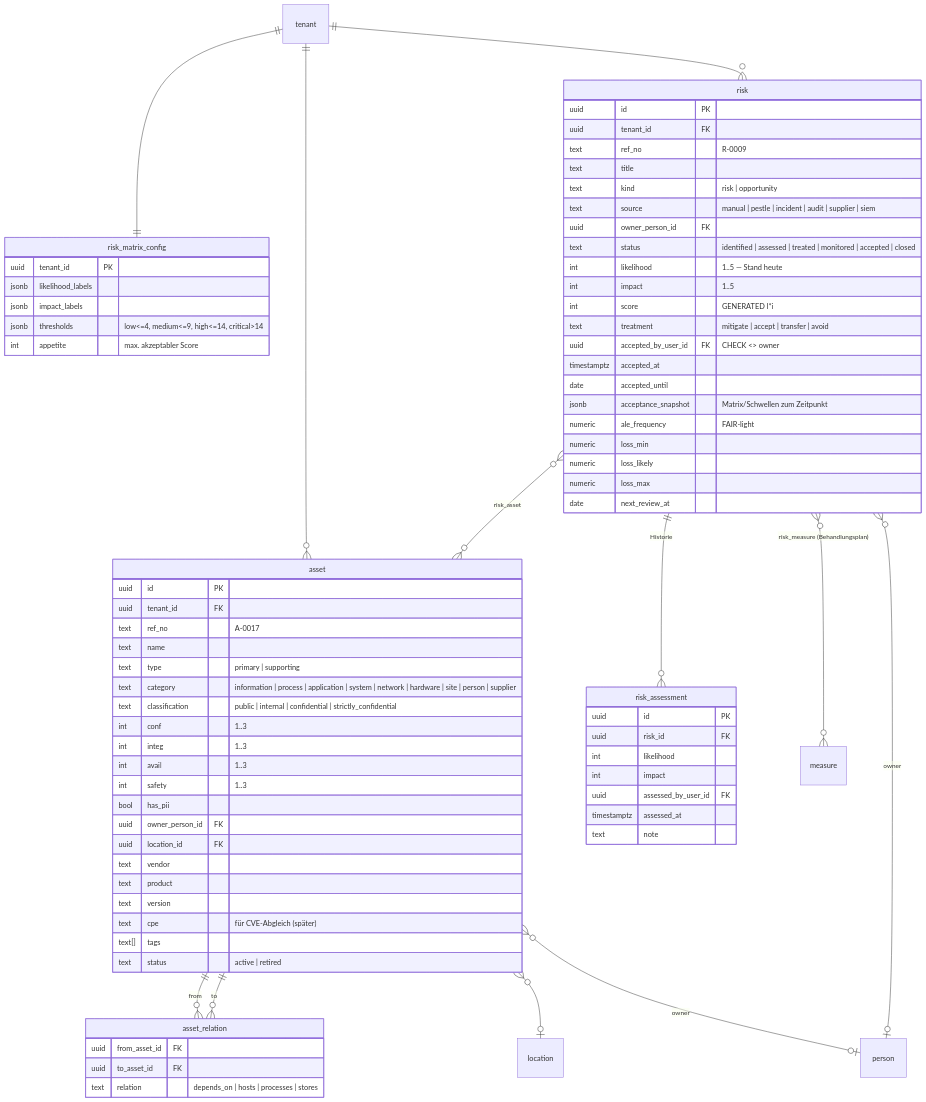
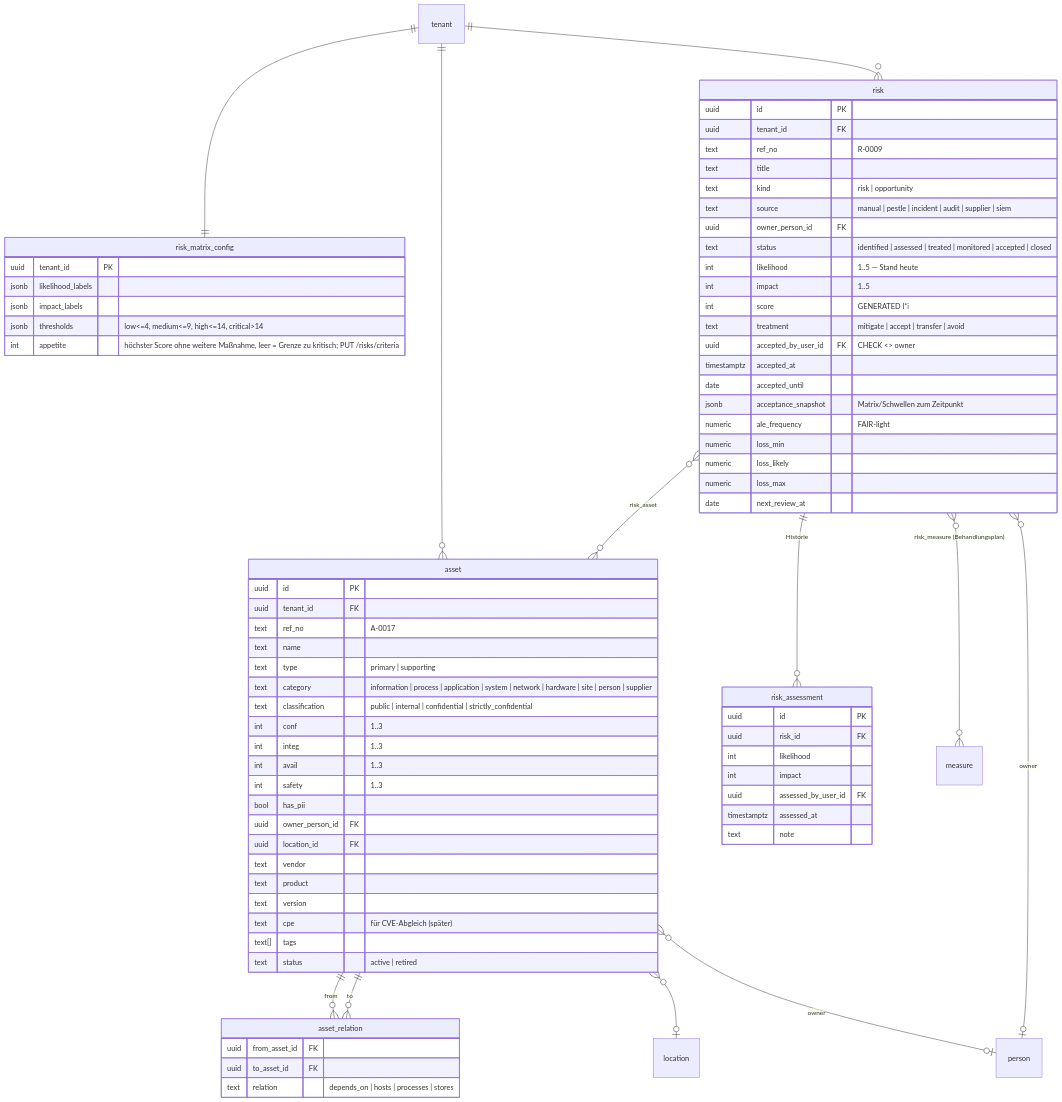
The fifth of 10 diagrams in docs/architecture/01-datenmodell.md (Kico-bot/ISMS_SaaS), drawn with Mermaid before and after one commit. The commit also changed other lines of this file and 117 other files, not shown here.

````diff
--- a/docs/architecture/01-datenmodell.md
+++ b/docs/architecture/01-datenmodell.md
@@ -378,81 +385,81 @@
 ```mermaid
 erDiagram
   tenant ||--o{ asset : ""
   asset ||--o{ asset_relation : "from"
   asset ||--o{ asset_relation : "to"
   asset }o--o| location : ""
   asset }o--o| person : "owner"
   tenant ||--|| risk_matrix_config : ""
   tenant ||--o{ risk : ""
   risk }o--o{ asset : "risk_asset"
   risk ||--o{ risk_assessment : "Historie"
   risk }o--o{ measure : "risk_measure (Behandlungsplan)"
   risk }o--o| person : "owner"
 
   asset {
     uuid id PK
     uuid tenant_id FK
     text ref_no "A-0017"
     text name
     text type "primary | supporting"
     text category "information | process | application | system | network | hardware | site | person | supplier"
     text classification "public | internal | confidential | strictly_confidential"
     int conf "1..3"
     int integ "1..3"
     int avail "1..3"
     int safety "1..3"
     bool has_pii
     uuid owner_person_id FK
     uuid location_id FK
     text vendor
     text product
     text version
     text cpe "für CVE-Abgleich (später)"
     text[] tags
     text status "active | retired"
   }
   asset_relation {
     uuid from_asset_id FK
     uuid to_asset_id FK
     text relation "depends_on | hosts | processes | stores"
   }
   risk_matrix_config {
     uuid tenant_id PK
     jsonb likelihood_labels
     jsonb impact_labels
     jsonb thresholds "low<=4, medium<=9, high<=14, critical>14"
-    int appetite "max. akzeptabler Score"
+    int appetite "höchster Score ohne weitere Maßnahme, leer = Grenze zu kritisch; PUT /risks/criteria"
   }
   risk {
     uuid id PK
     uuid tenant_id FK
     text ref_no "R-0009"
     text title
     text kind "risk | opportunity"
     text source "manual | pestle | incident | audit | supplier | siem"
     uuid owner_person_id FK
     text status "identified | assessed | treated | monitored | accepted | closed"
     int likelihood "1..5 — Stand heute"
     int impact "1..5"
     int score "GENERATED l*i"
     text treatment "mitigate | accept | transfer | avoid"
     uuid accepted_by_user_id FK "CHECK <> owner"
     timestamptz accepted_at
     date accepted_until
     jsonb acceptance_snapshot "Matrix/Schwellen zum Zeitpunkt"
     numeric ale_frequency "FAIR-light"
     numeric loss_min
     numeric loss_likely
     numeric loss_max
     date next_review_at
   }
   risk_assessment {
     uuid id PK
     uuid risk_id FK
     int likelihood
     int impact
     uuid assessed_by_user_id FK
     timestamptz assessed_at
     text note
   }
 ```
````
